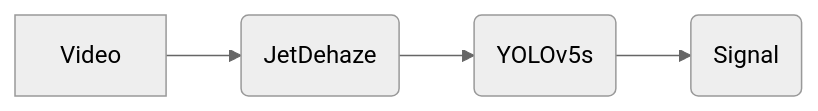
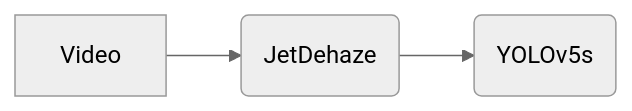
Before and after one commit to snSon/Wiper: the diagram in README.md, drawn with Mermaid (neutral theme). The commit also changed other lines of this file, not shown here.

````diff
--- a/README.md
+++ b/README.md
@@ -32,6 +60,5 @@
 ```mermaid
     graph LR;
     Video-->Dehazing(JetDehaze);
     Dehazing --> Object_Detecting(YOLOv5s);
-    Object_Detecting --> Processing(Signal);
 ```
````
